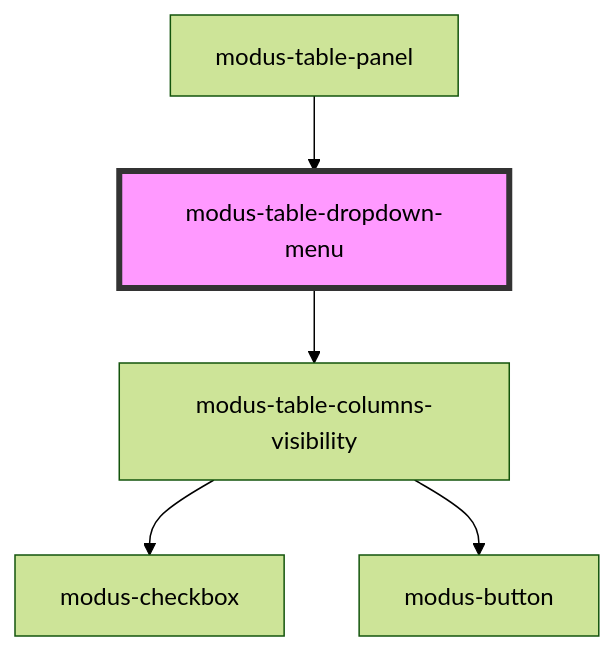
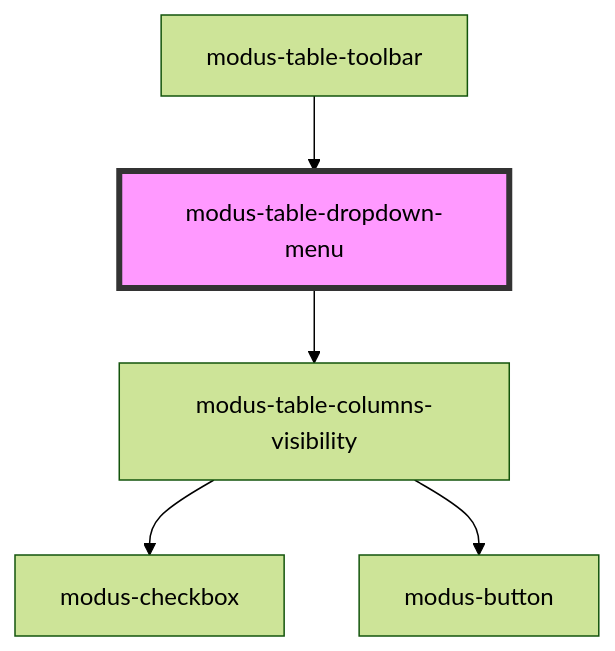
Before and after one commit to trimble-oss/modus-web-components: the diagram in stencil-workspace/src/components/modus-table/parts/panel/modus-table-dropdown-menu/readme.md, drawn with Mermaid (forest theme). The commit also changed other lines of this file and 42 other files, not shown here.

````diff
--- a/stencil-workspace/src/components/modus-table/parts/panel/modus-table-dropdown-menu/readme.md
+++ b/stencil-workspace/src/components/modus-table/parts/panel/modus-table-dropdown-menu/readme.md
@@ -27,8 +27,8 @@
 ```mermaid
 graph TD;
   modus-table-dropdown-menu --> modus-table-columns-visibility
   modus-table-columns-visibility --> modus-checkbox
   modus-table-columns-visibility --> modus-button
-  modus-table-panel --> modus-table-dropdown-menu
+  modus-table-toolbar --> modus-table-dropdown-menu
   style modus-table-dropdown-menu fill:#f9f,stroke:#333,stroke-width:4px
 ```
````
